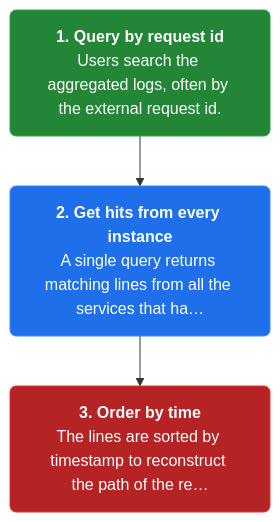
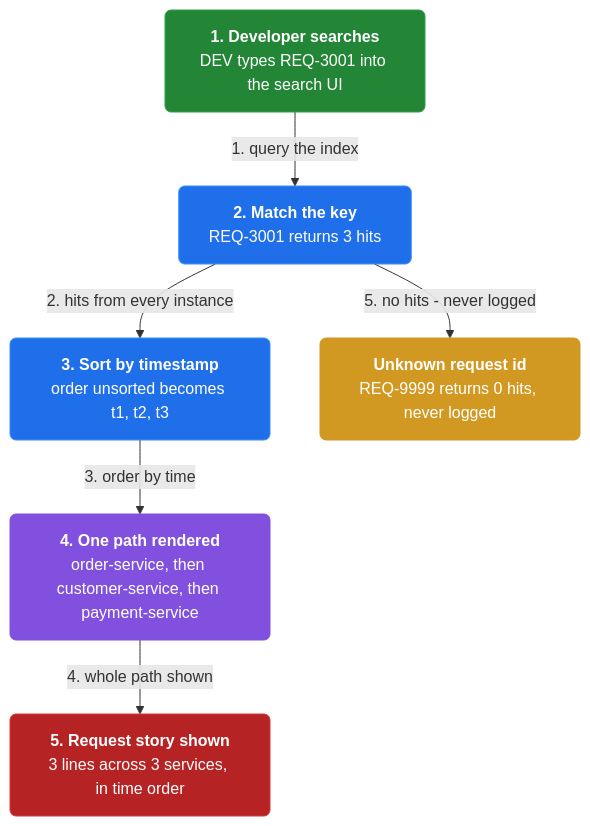
The third of 4 diagrams in docs/ch36-log-aggregation.md (vinayakuber/microservices-io-study-guide), drawn with Mermaid before and after one commit. The commit also changed other lines of this file and 46 other files, not shown here.

First line of the commit message:
Author rich branching flow diagrams for all 44 chapters

````diff
--- a/docs/ch36-log-aggregation.md
+++ b/docs/ch36-log-aggregation.md
@@ -85,11 +106,19 @@
 ```mermaid
 flowchart TD
-  classDef step fill:#1f6feb,color:#ffffff,stroke:#388bfd,stroke-width:1px,rx:6
+  classDef step fill:#1f6feb,color:#ffffff,stroke:#388bfd,rx:6
+  classDef core fill:#8250df,color:#ffffff,stroke:#8250df,rx:6
+  classDef warn fill:#d29922,color:#ffffff,stroke:#d29922,rx:6
   classDef start fill:#238636,color:#ffffff,stroke:#2ea043,rx:6
   classDef stop fill:#b62324,color:#ffffff,stroke:#da3633,rx:6
-  s2n0["<b>1. Query by request id</b><br/>Users search the aggregated logs, often by the external request id."]:::start
-  s2n1["<b>2. Get hits from every instance</b><br/>A single query returns matching lines from all the services that ha…"]:::step
-  s2n2["<b>3. Order by time</b><br/>The lines are sorted by timestamp to reconstruct the path of the re…"]:::stop
-  s2n0 --> s2n1
-  s2n1 --> s2n2
+n0["<b>1. Developer searches</b><br/>DEV types REQ-3001 into the search UI"]:::start
+  n1["<b>2. Match the key</b><br/>REQ-3001 returns 3 hits"]:::step
+  n2["<b>3. Sort by timestamp</b><br/>order unsorted becomes t1, t2, t3"]:::step
+  n3["<b>4. One path rendered</b><br/>order-service, then customer-service, then payment-service"]:::core
+  n4["<b>5. Request story shown</b><br/>3 lines across 3 services, in time order"]:::stop
+  n5["<b>Unknown request id</b><br/>REQ-9999 returns 0 hits, never logged"]:::warn
+  n0 -->|"1. query the index"| n1
+  n1 -->|"2. hits from every instance"| n2
+  n2 -->|"3. order by time"| n3
+  n3 -->|"4. whole path shown"| n4
+  n1 -->|"5. no hits - never logged"| n5
 ```
````
